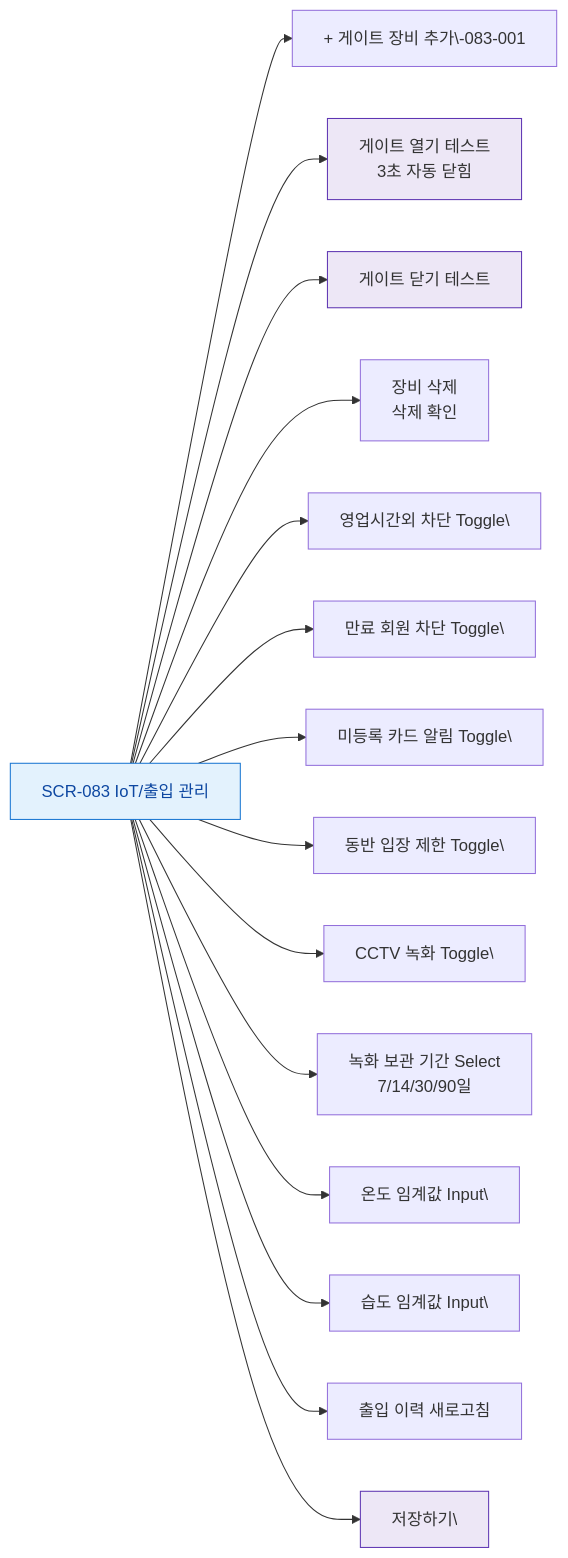
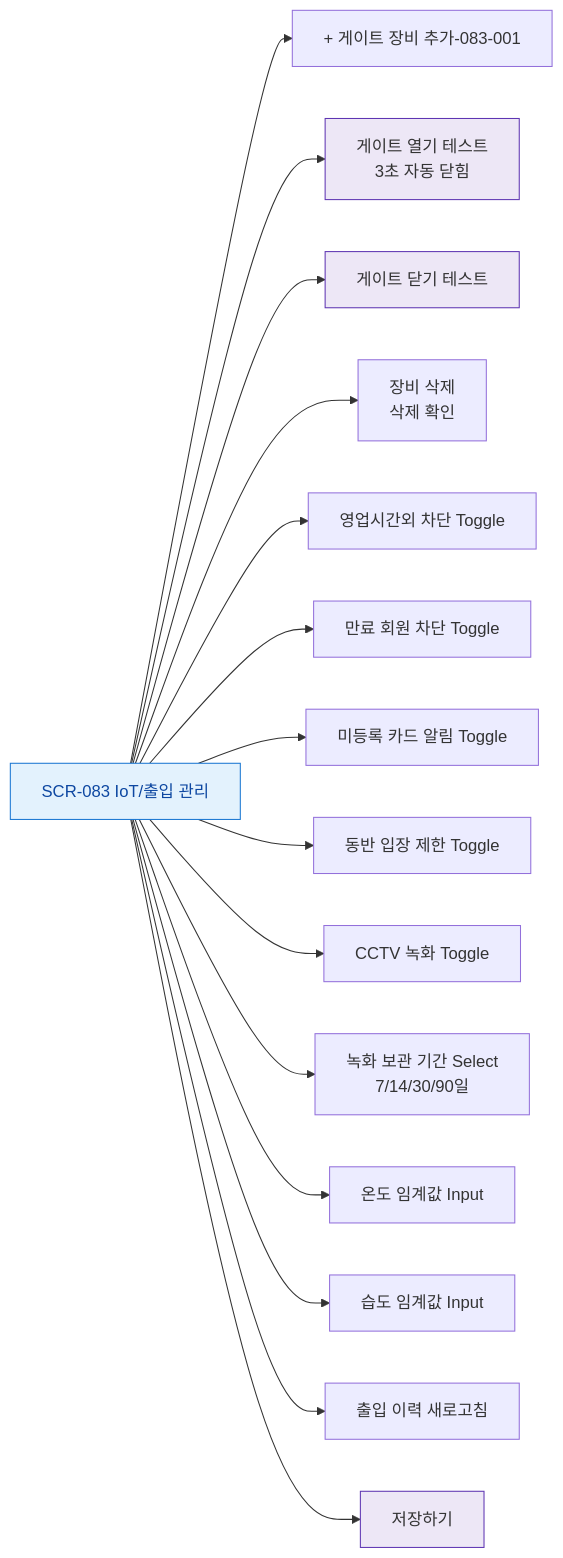
Before and after one commit to dev-spogym/admin-pando: the diagram in docs/admin/다이어그램/D09_설정관리/SCR-083_IoT출입관리/F3_버튼액션.md, drawn with Mermaid. The commit also changed 369 other files, not shown here.

````diff
--- a/docs/admin/다이어그램/D09_설정관리/SCR-083_IoT출입관리/F3_버튼액션.md
+++ b/docs/admin/다이어그램/D09_설정관리/SCR-083_IoT출입관리/F3_버튼액션.md
@@ -12,28 +12,28 @@
 ```mermaid
 flowchart LR
     SCR083[SCR-083 IoT/출입 관리]
 
-    SCR083 --> BTN_ADD_GATE[+ 게이트 장비 추가\-083-001]
+    SCR083 --> BTN_ADD_GATE[+ 게이트 장비 추가-083-001]
     SCR083 --> BTN_OPEN[게이트 열기 테스트\n3초 자동 닫힘]
     SCR083 --> BTN_CLOSE[게이트 닫기 테스트]
     SCR083 --> BTN_DEL_GATE[장비 삭제\n삭제 확인]
 
-    SCR083 --> TGL_AFTER[영업시간외 차단 Toggle\]
-    SCR083 --> TGL_EXPIRED[만료 회원 차단 Toggle\]
-    SCR083 --> TGL_UNREG[미등록 카드 알림 Toggle\]
-    SCR083 --> TGL_COMPANION[동반 입장 제한 Toggle\]
+    SCR083 --> TGL_AFTER[영업시간외 차단 Toggle]
+    SCR083 --> TGL_EXPIRED[만료 회원 차단 Toggle]
+    SCR083 --> TGL_UNREG[미등록 카드 알림 Toggle]
+    SCR083 --> TGL_COMPANION[동반 입장 제한 Toggle]
 
-    SCR083 --> TGL_REC[CCTV 녹화 Toggle\]
+    SCR083 --> TGL_REC[CCTV 녹화 Toggle]
     SCR083 --> SEL_RETAIN[녹화 보관 기간 Select\n7/14/30/90일]
 
-    SCR083 --> INP_TEMP[온도 임계값 Input\]
-    SCR083 --> INP_HUMID[습도 임계값 Input\]
+    SCR083 --> INP_TEMP[온도 임계값 Input]
+    SCR083 --> INP_HUMID[습도 임계값 Input]
 
     SCR083 --> BTN_REFRESH_LOG[출입 이력 새로고침]
-    SCR083 --> BTN_SAVE[저장하기\]
+    SCR083 --> BTN_SAVE[저장하기]
 
     classDef screen fill:#E3F2FD,stroke:#1976D2,color:#0D47A1
     classDef system fill:#EDE7F6,stroke:#5E35B2
     class SCR083 screen
     class BTN_OPEN,BTN_CLOSE,BTN_SAVE system
 ```
````
